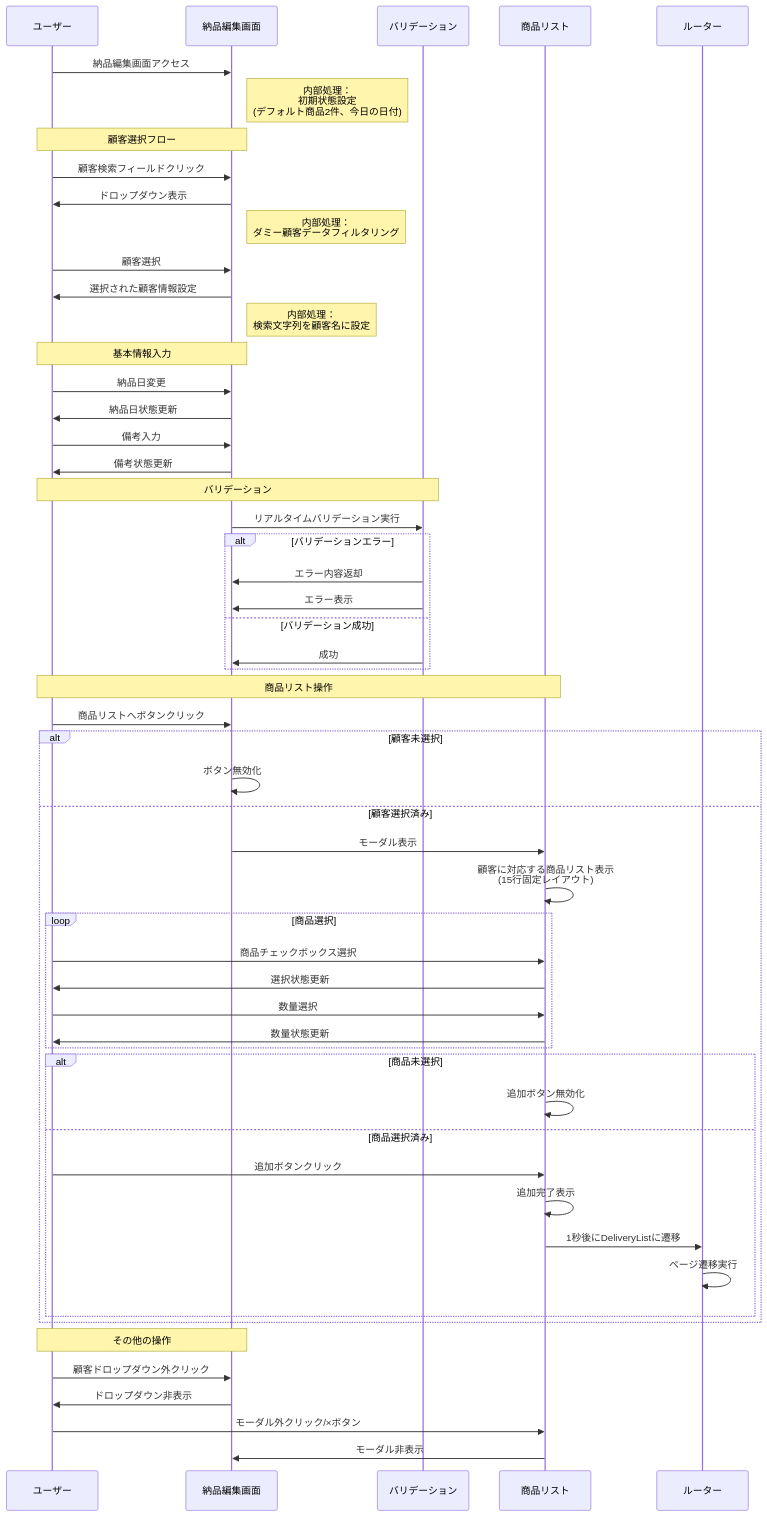
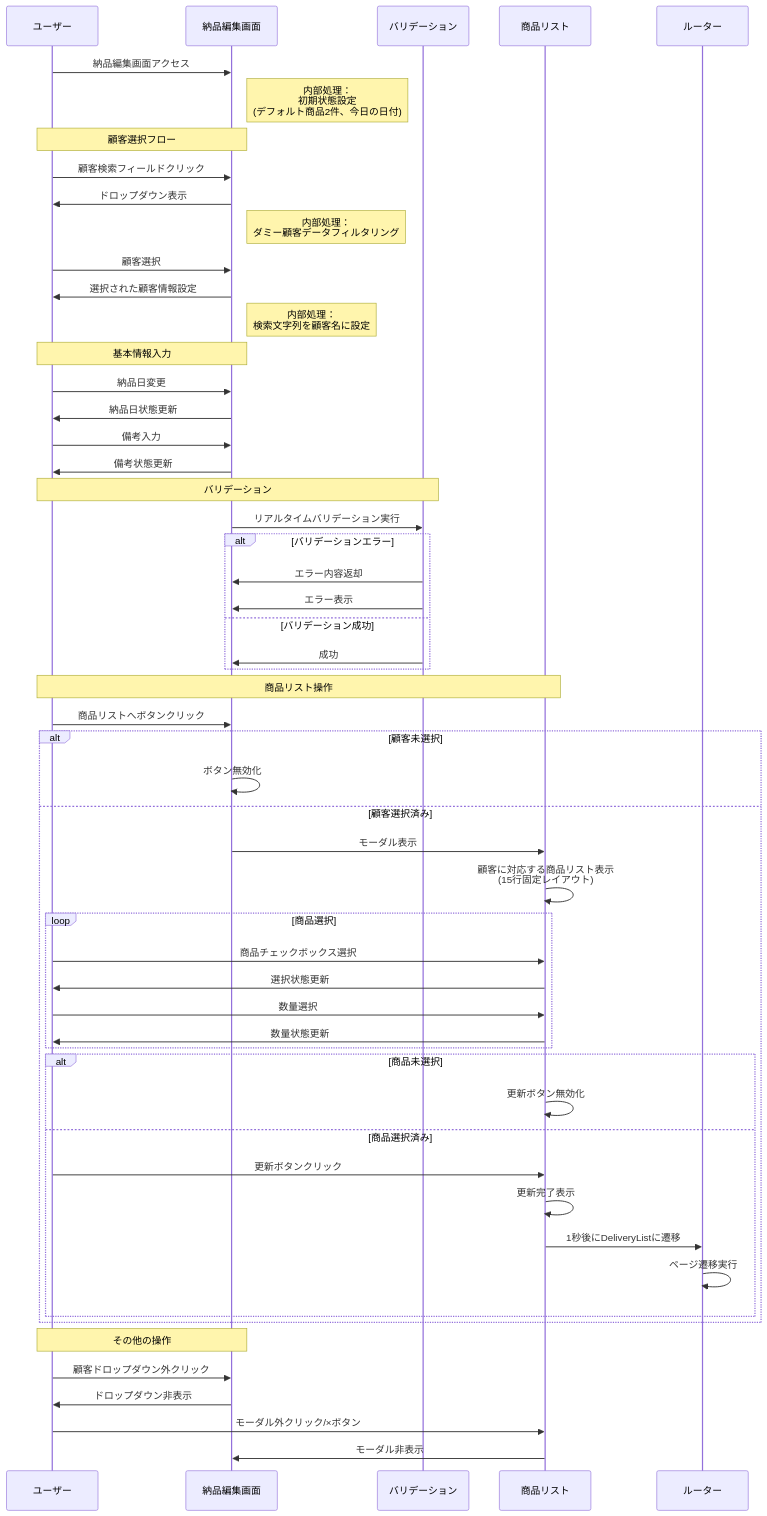
Before and after one commit to wasabi49/ocs-systemDevelopmentExercises: the diagram in document/DeliveryEdit.md, drawn with Mermaid.

Commit message:
商品リストのモーダルで、追加ボタンを更新ボタンに変更し、関連するメッセージを修正

````diff
--- a/document/DeliveryEdit.md
+++ b/document/DeliveryEdit.md
@@ -1,62 +1,62 @@
 ```mermaid
 sequenceDiagram
     participant User as ユーザー
     participant UI as 納品編集画面
     participant Validation as バリデーション
     participant ProductModal as 商品リスト
     participant Router as ルーター
     User->>UI: 納品編集画面アクセス
     Note right of UI: 内部処理： <br/> 初期状態設定<br/>(デフォルト商品2件、今日の日付)
     
         Note over User, UI: 顧客選択フロー
         User->>UI: 顧客検索フィールドクリック
         UI->>User: ドロップダウン表示
         Note right of UI: 内部処理： <br/> ダミー顧客データフィルタリング
         User->>UI: 顧客選択
         UI->>User: 選択された顧客情報設定
         Note right of UI: 内部処理： <br/> 検索文字列を顧客名に設定
     
         Note over User, UI: 基本情報入力
         User->>UI: 納品日変更
         UI->>User: 納品日状態更新
         User->>UI: 備考入力
         UI->>User: 備考状態更新
         Note over User, Validation: バリデーション
         UI->>Validation: リアルタイムバリデーション実行
         alt バリデーションエラー
             Validation->>UI: エラー内容返却
             Validation->>UI: エラー表示
         else バリデーション成功
             Validation->>UI: 成功
         end
         Note over User, ProductModal: 商品リスト操作
         User->>UI: 商品リストへボタンクリック
         alt 顧客未選択
             UI->>UI: ボタン無効化
         else 顧客選択済み
             UI->>ProductModal: モーダル表示
             ProductModal->>ProductModal: 顧客に対応する商品リスト表示<br/>(15行固定レイアウト)
             
             loop 商品選択
                 User->>ProductModal: 商品チェックボックス選択
                 ProductModal->>User: 選択状態更新
                 User->>ProductModal: 数量選択
                 ProductModal->>User: 数量状態更新
             end
             
             alt 商品未選択
-                ProductModal->>ProductModal: 追加ボタン無効化
+                ProductModal->>ProductModal: 更新ボタン無効化
             else 商品選択済み
-                User->>ProductModal: 追加ボタンクリック
-                ProductModal->>ProductModal: 追加完了表示
+                User->>ProductModal: 更新ボタンクリック
+                ProductModal->>ProductModal: 更新完了表示
                 ProductModal->>Router: 1秒後にDeliveryListに遷移
                 Router->>Router: ページ遷移実行
             end
         end
         Note over User, UI: その他の操作
         User->>UI: 顧客ドロップダウン外クリック
         UI->>User: ドロップダウン非表示
         
         User->>ProductModal: モーダル外クリック/×ボタン
         ProductModal->>UI: モーダル非表示
 ```
````
